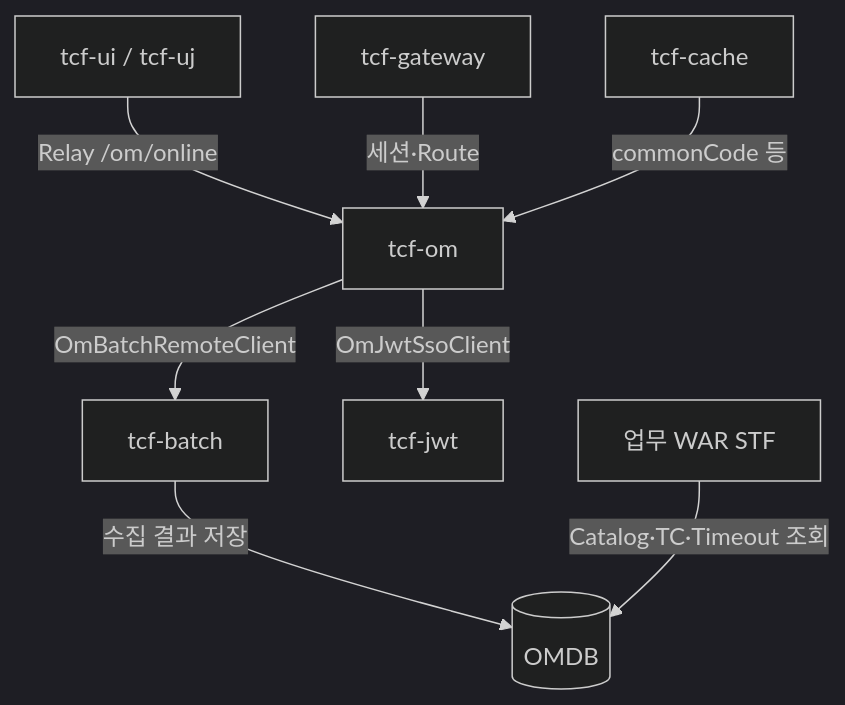
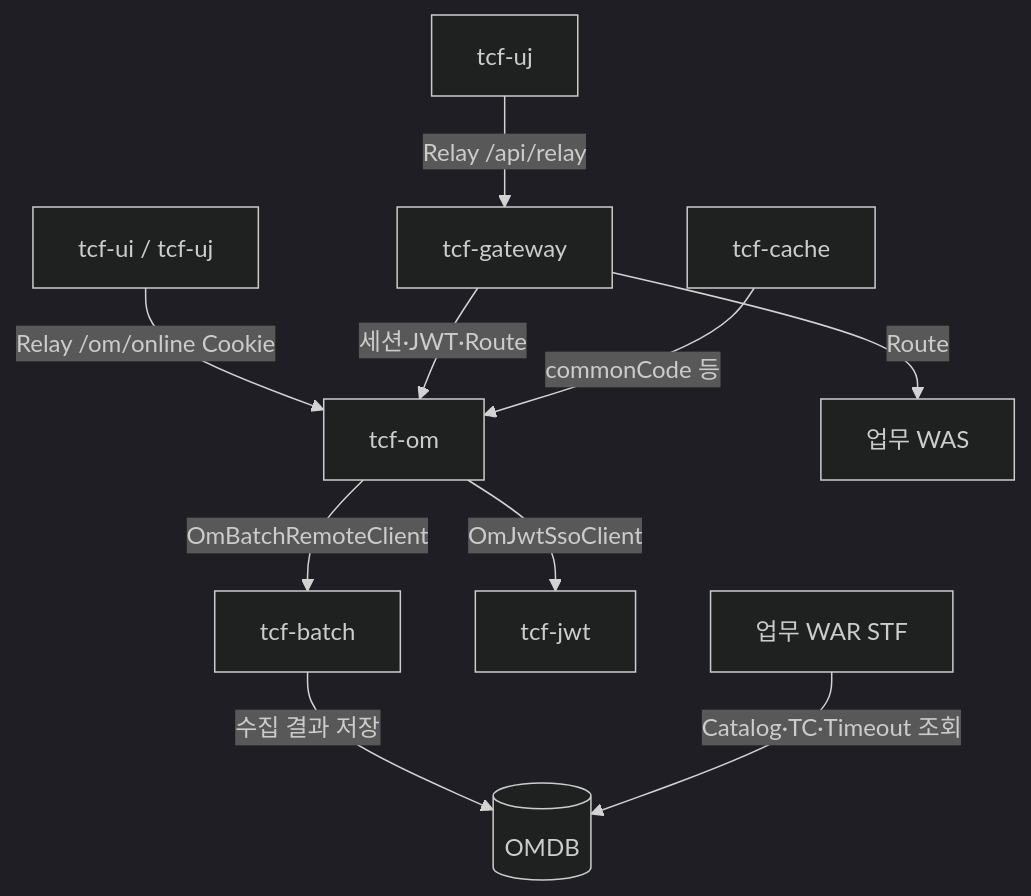
The diagram in zarchitecture/05-운영관리-OM-아키텍처.md (changwskr/nsight-tcf-framework), drawn with Mermaid (dark theme) before and after one commit. The commit also changed 23 other files, not shown here.

First line of the commit message:
Align JWT and Gateway auth docs with source code.

````diff
--- a/zarchitecture/05-운영관리-OM-아키텍처.md
+++ b/zarchitecture/05-운영관리-OM-아키텍처.md
@@ -141,10 +141,12 @@
 ```mermaid
 flowchart TB
-    UI[tcf-ui / tcf-uj] -->|Relay /om/online| OM[tcf-om]
-    GW[tcf-gateway] -->|세션·Route| OM
+    UI[tcf-ui / tcf-uj] -->|Relay /om/online Cookie| OM[tcf-om]
+    UJ[tcf-uj] -->|Relay /api/relay| GW[tcf-gateway]
+    GW -->|세션·JWT·Route| OM
+    GW -->|Route| WAS[업무 WAS]
     BATCH[tcf-batch] -->|수집 결과 저장| OMDB[(OMDB)]
     OM -->|OmBatchRemoteClient| BATCH
     OM -->|OmJwtSsoClient| JWT[tcf-jwt]
     STF[업무 WAR STF] -->|Catalog·TC·Timeout 조회| OMDB
     CACHE[tcf-cache] -->|commonCode 등| OM
 ```
````
